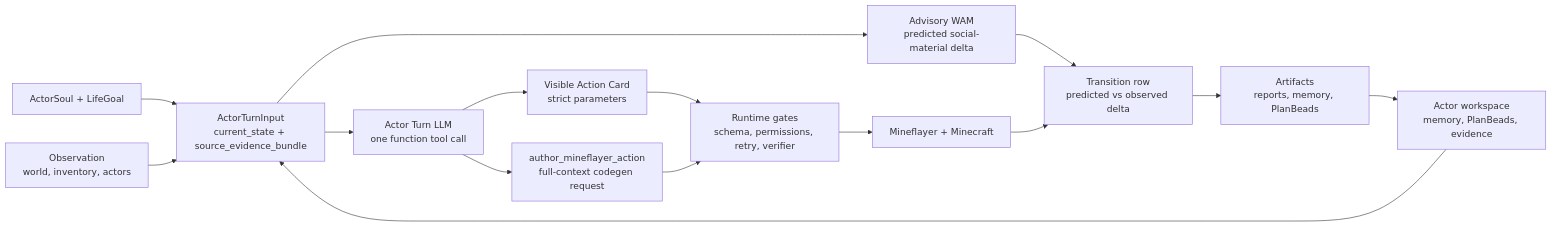
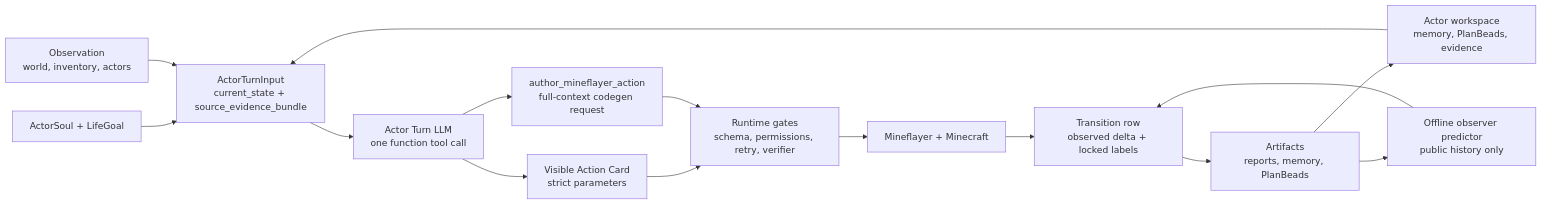
The diagram in README.md (gigio1023/minecraft-llm-agent-community), drawn with Mermaid before and after one commit. The commit also changed other lines of this file and 94 other files, not shown here.

````diff
--- a/README.md
+++ b/README.md
@@ -62,25 +91,24 @@
 ```mermaid
 flowchart LR
   Soul["ActorSoul + LifeGoal"]
   Observe["Observation<br/>world, inventory, actors"]
   Workspace["Actor workspace<br/>memory, PlanBeads, evidence"]
   Input["ActorTurnInput<br/>current_state + source_evidence_bundle"]
-  WAM["Advisory WAM<br/>predicted social-material delta"]
+  Predictor["Offline observer predictor<br/>public history only"]
   LLM["Actor Turn LLM<br/>one function tool call"]
   Card["Visible Action Card<br/>strict parameters"]
   Author["author_mineflayer_action<br/>full-context codegen request"]
   Runtime["Runtime gates<br/>schema, permissions, retry, verifier"]
   MC["Mineflayer + Minecraft"]
-  Row["Transition row<br/>predicted vs observed delta"]
+  Row["Transition row<br/>observed delta + locked labels"]
   Evidence["Artifacts<br/>reports, memory, PlanBeads"]
 
   Soul --> Input
   Observe --> Input
   Workspace --> Input
-  Input --> WAM
   Input --> LLM
   LLM --> Card --> Runtime
   LLM --> Author --> Runtime
-  WAM --> Row
   Runtime --> MC --> Row --> Evidence --> Workspace
+  Evidence --> Predictor --> Row
 ```
````
